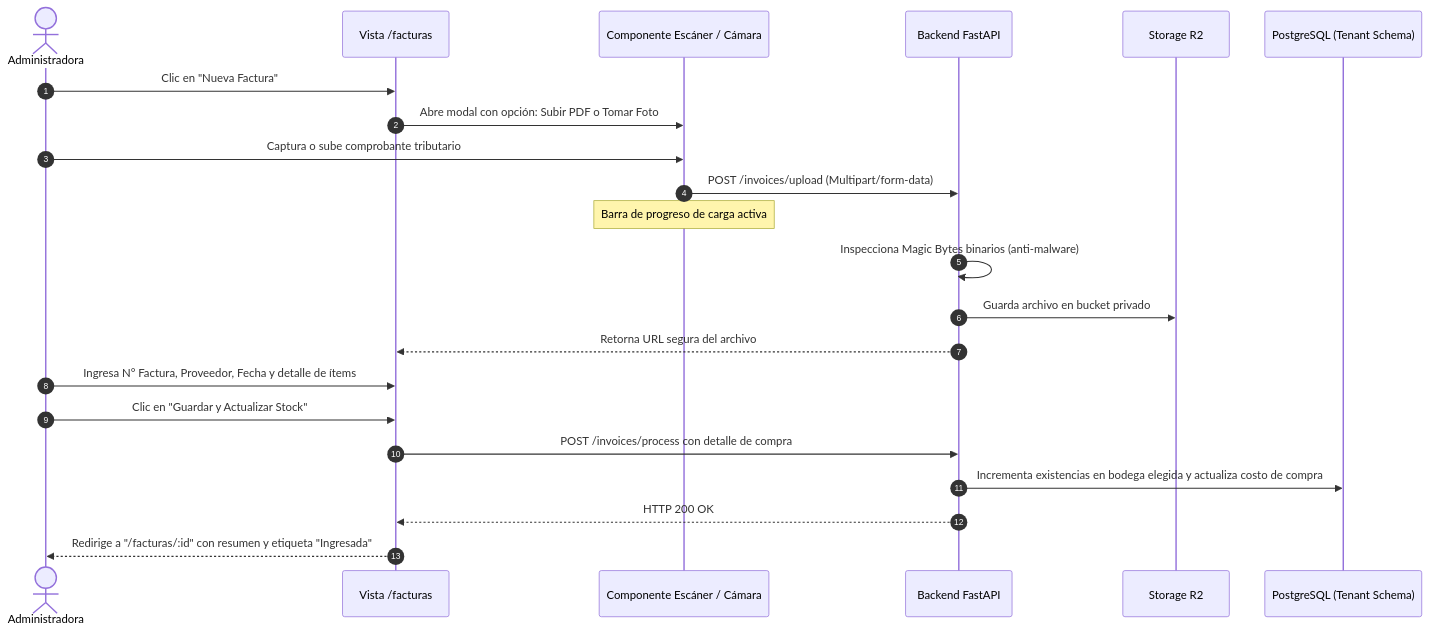
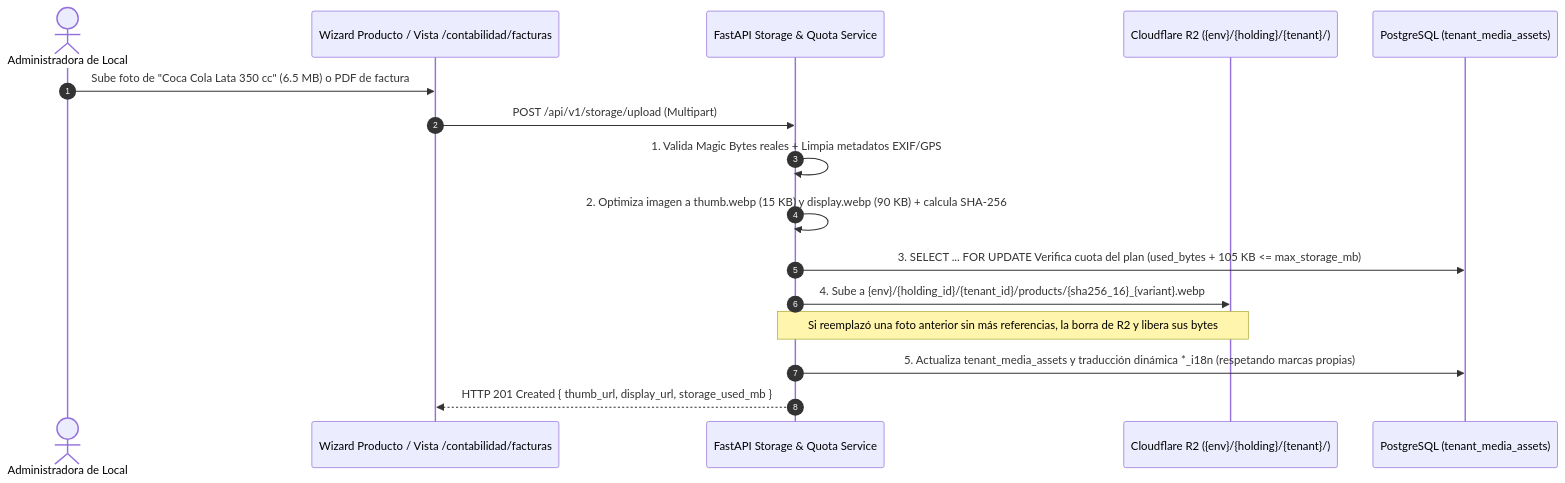
One commit to OppyTec/OppyTec-Oficial changed the third of 5 diagrams in specs/03-USER-FLOWS.md. Above: the diagram before and after it, drawn with Mermaid. The commit also changed other lines of this file and 6 other files, not shown here.

Commit message:
docs(specs): actualizar los 7 documentos canonicos de specs/ (00 al 06) sincronizados con las 16 estrategias v2.0

````diff
--- a/specs/03-USER-FLOWS.md
+++ b/specs/03-USER-FLOWS.md
@@ -94,25 +80,19 @@
 ```mermaid
 sequenceDiagram
     autonumber
-    actor Admin as Administradora
-    participant UI as Vista /facturas
-    participant Scanner as Componente Escáner / Cámara
-    participant API as Backend FastAPI
-    participant S3 as Storage R2
-    participant DB as PostgreSQL (Tenant Schema)
+    actor Admin as Administradora de Local
+    participant UI as Wizard Producto / Vista /contabilidad/facturas
+    participant API as FastAPI Storage & Quota Service
+    participant R2 as Cloudflare R2 ({env}/{holding}/{tenant}/)
+    participant DB as PostgreSQL (tenant_media_assets)
 
-    Admin->>UI: Clic en "Nueva Factura"
-    UI->>Scanner: Abre modal con opción: Subir PDF o Tomar Foto
-    Admin->>Scanner: Captura o sube comprobante tributario
-    Scanner->>API: POST /invoices/upload (Multipart/form-data)
-    Note over Scanner: Barra de progreso de carga activa
-    API->>API: Inspecciona Magic Bytes binarios (anti-malware)
-    API->>S3: Guarda archivo en bucket privado
-    API-->>UI: Retorna URL segura del archivo
-    Admin->>UI: Ingresa N° Factura, Proveedor, Fecha y detalle de ítems
-    Admin->>UI: Clic en "Guardar y Actualizar Stock"
-    UI->>API: POST /invoices/process con detalle de compra
-    API->>DB: Incrementa existencias en bodega elegida y actualiza costo de compra
-    API-->>UI: HTTP 200 OK
-    UI-->>Admin: Redirige a "/facturas/:id" con resumen y etiqueta "Ingresada"
+    Admin->>UI: Sube foto de "Coca Cola Lata 350 cc" (6.5 MB) o PDF de factura
+    UI->>API: POST /api/v1/storage/upload (Multipart)
+    API->>API: 1. Valida Magic Bytes reales + Limpia metadatos EXIF/GPS
+    API->>API: 2. Optimiza imagen a thumb.webp (15 KB) y display.webp (90 KB) + calcula SHA-256
+    API->>DB: 3. SELECT ... FOR UPDATE Verifica cuota del plan (used_bytes + 105 KB <= max_storage_mb)
+    API->>R2: 4. Sube a {env}/{holding_id}/{tenant_id}/products/{sha256_16}_{variant}.webp
+    Note over API,R2: Si reemplazó una foto anterior sin más referencias, la borra de R2 y libera sus bytes
+    API->>DB: 5. Actualiza tenant_media_assets y traducción dinámica *_i18n (respetando marcas propias)
+    API-->>UI: HTTP 201 Created { thumb_url, display_url, storage_used_mb }
 ```
````
